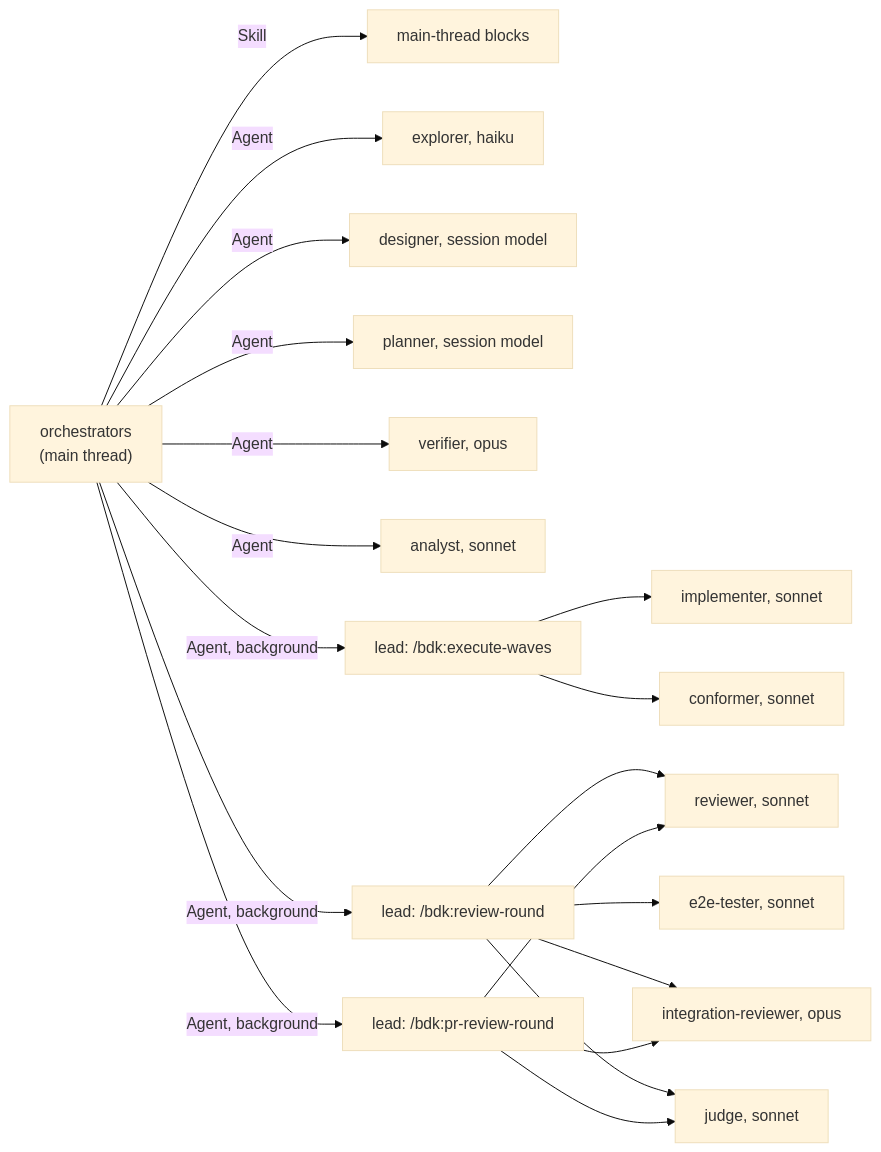
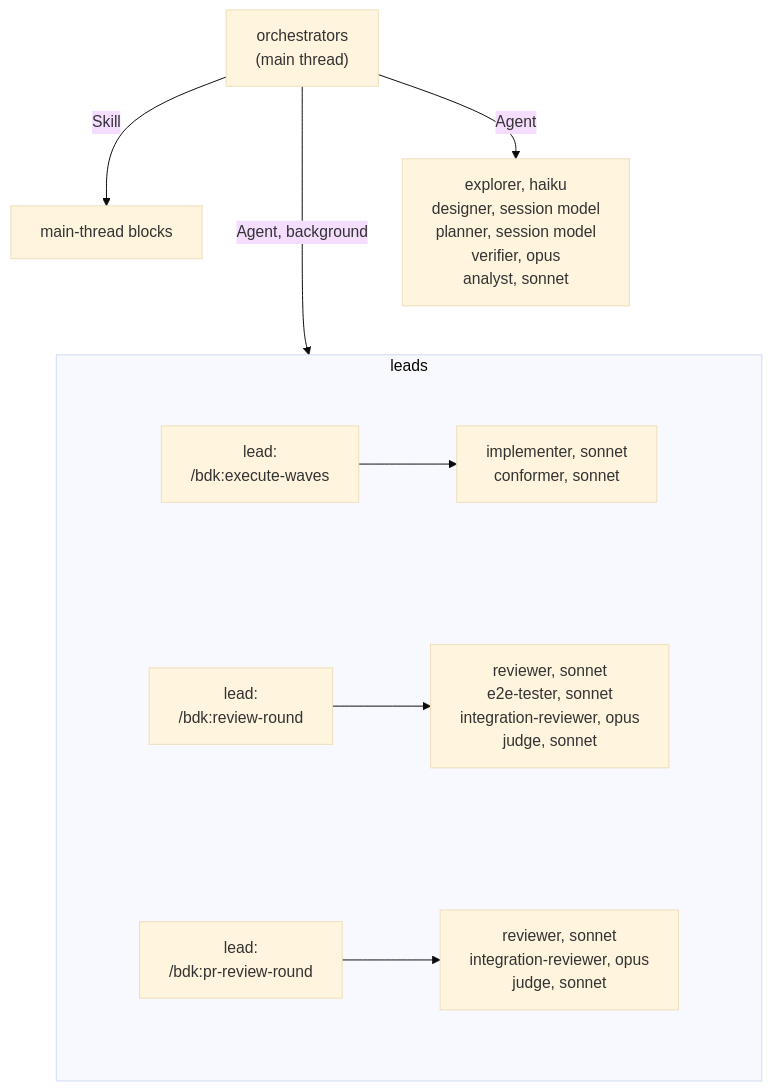
Before and after one commit to broneq/bdk: the diagram in docs/concepts/agents.md, drawn with Mermaid (base theme). The commit also changed 20 other files, not shown here.

First line of the commit message:
fix(docs): fit every diagram into the content column

````diff
--- a/docs/concepts/agents.md
+++ b/docs/concepts/agents.md
@@ -11,22 +11,27 @@
 ```mermaid
-flowchart LR
+flowchart TB
   O["orchestrators<br/>(main thread)"]
   O -->|"Skill"| MB["main-thread blocks"]
-  O -->|"Agent"| EXP["explorer, haiku"]
-  O -->|"Agent"| DES["designer, session model"]
-  O -->|"Agent"| PLN["planner, session model"]
-  O -->|"Agent"| VER["verifier, opus"]
-  O -->|"Agent"| ANA["analyst, sonnet"]
-  O -->|"Agent, background"| EW["lead: /bdk:execute-waves"]
-  O -->|"Agent, background"| RR["lead: /bdk:review-round"]
-  O -->|"Agent, background"| PRR["lead: /bdk:pr-review-round"]
-  EW --> IMPL["implementer, sonnet"]
-  EW --> CONF["conformer, sonnet"]
-  RR --> REV["reviewer, sonnet"]
-  RR --> E2E["e2e-tester, sonnet"]
-  RR --> INT["integration-reviewer, opus"]
-  RR --> JUD["judge, sonnet"]
-  PRR --> REV
-  PRR --> INT
-  PRR --> JUD
+  O -->|"Agent"| AG["explorer, haiku<br/>designer, session model<br/>planner, session model<br/>verifier, opus<br/>analyst, sonnet"]
+  O -->|"Agent, background"| LEADS
+  AG ~~~ LEADS
+  subgraph LEADS["leads"]
+    direction TB
+    subgraph S1[" "]
+      direction LR
+      L1["lead:<br/>/bdk:execute-waves"] --> W1["implementer, sonnet<br/>conformer, sonnet"]
+    end
+    subgraph S2[" "]
+      direction LR
+      L2["lead:<br/>/bdk:review-round"] --> W2["reviewer, sonnet<br/>e2e-tester, sonnet<br/>integration-reviewer, opus<br/>judge, sonnet"]
+    end
+    subgraph S3[" "]
+      direction LR
+      L3["lead:<br/>/bdk:pr-review-round"] --> W3["reviewer, sonnet<br/>integration-reviewer, opus<br/>judge, sonnet"]
+    end
+    S1 ~~~ S2 ~~~ S3
+  end
+  style S1 fill:transparent,stroke:transparent
+  style S2 fill:transparent,stroke:transparent
+  style S3 fill:transparent,stroke:transparent
 ```
````
